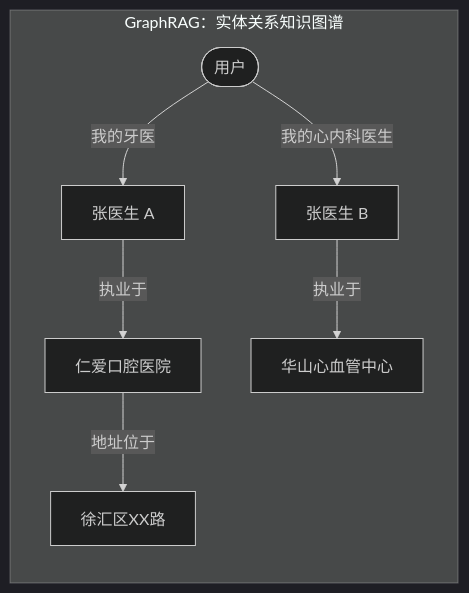
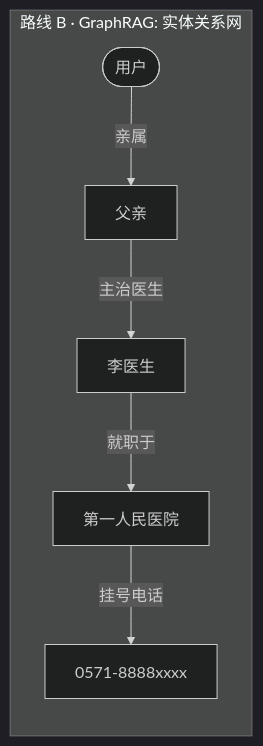
Before and after one commit to ljh12138164/ai-agent-study: the third of 3 diagrams in app/ch03-memory-rag/03-structured-indexing/page.mdx, drawn with Mermaid (dark theme). The commit also changed other lines of this file and 43 other files, not shown here.

````diff
--- a/app/ch03-memory-rag/03-structured-indexing/page.mdx
+++ b/app/ch03-memory-rag/03-structured-indexing/page.mdx
@@ -55,10 +50,9 @@
 ```mermaid
-graph LR
-    subgraph GraphRAG["GraphRAG：实体关系知识图谱"]
-        User([用户]) -->|我的牙医| DrA[张医生 A]
-        User -->|我的心内科医生| DrB[张医生 B]
-        DrA -->|执业于| Hosp1[仁爱口腔医院]
-        DrB -->|执业于| Hosp2[华山心血管中心]
-        Hosp1 -->|地址位于| Loc1[徐汇区XX路]
+flowchart LR
+    subgraph GraphRAG["路线 B · GraphRAG: 实体关系网"]
+        User([用户]) -->|亲属| Father[父亲]
+        Father -->|主治医生| Doc[李医生]
+        Doc -->|就职于| Hosp[第一人民医院]
+        Hosp -->|挂号电话| Phone[0571-8888xxxx]
     end
 ```
````
